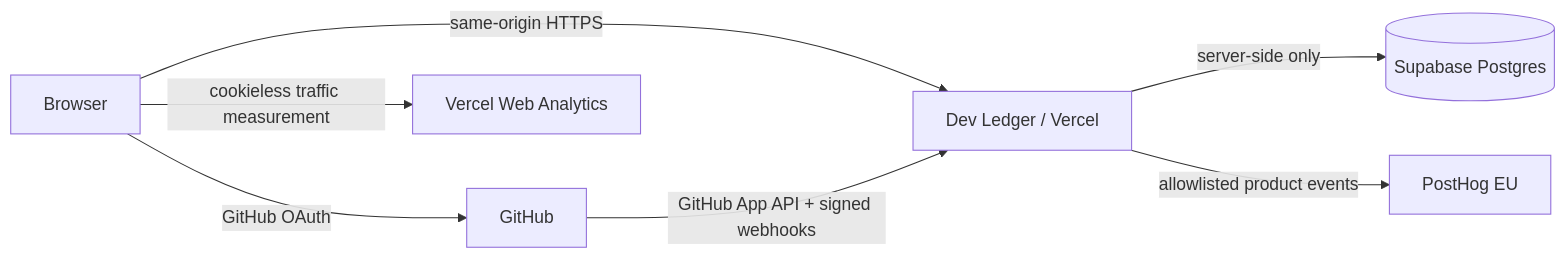
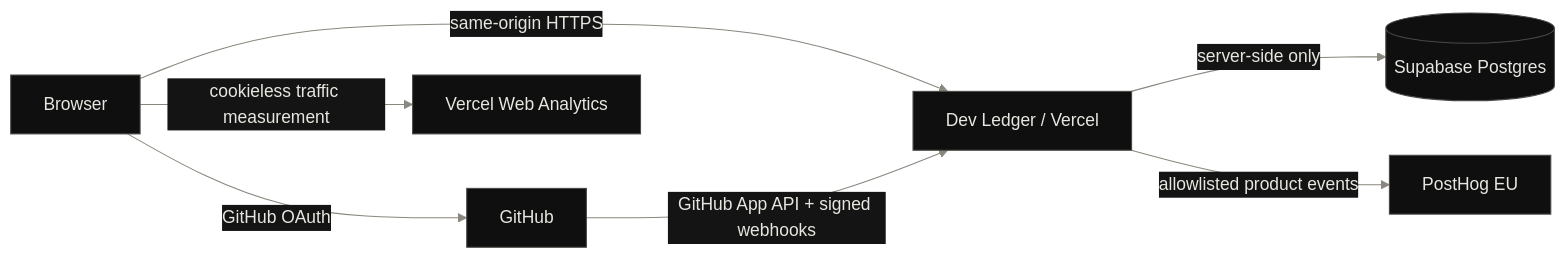
One commit to Aliferous3/dev-ledger changed the diagram in README.md. Above: the diagram before and after it, drawn with Mermaid. The commit also changed other lines of this file, not shown here.

````diff
--- a/README.md
+++ b/README.md
@@ -73,9 +47,10 @@
 ```mermaid
+%%{init: {'theme':'base','themeVariables':{'primaryColor':'#0e0f0e','primaryTextColor':'#e8e6e0','primaryBorderColor':'#4a4945','lineColor':'#8a877f','edgeLabelBackground':'#131413','fontFamily':'SFMono-Regular, Menlo, monospace'}}}%%
 flowchart LR
-    B[Browser] -->|GitHub OAuth| G[GitHub]
-    B -->|same-origin HTTPS| D[Dev Ledger / Vercel]
-    G -->|GitHub App API + signed webhooks| D
-    D -->|server-side only| S[(Supabase Postgres)]
-    D -->|allowlisted product events| P[PostHog EU]
-    B -->|cookieless traffic measurement| A[Vercel Web Analytics]
+  B[Browser] -->|GitHub OAuth| G[GitHub]
+  B -->|same-origin HTTPS| D[Dev Ledger / Vercel]
+  G -->|GitHub App API + signed webhooks| D
+  D -->|server-side only| S[(Supabase Postgres)]
+  D -->|allowlisted product events| P[PostHog EU]
+  B -->|cookieless traffic measurement| A[Vercel Web Analytics]
 ```
````
